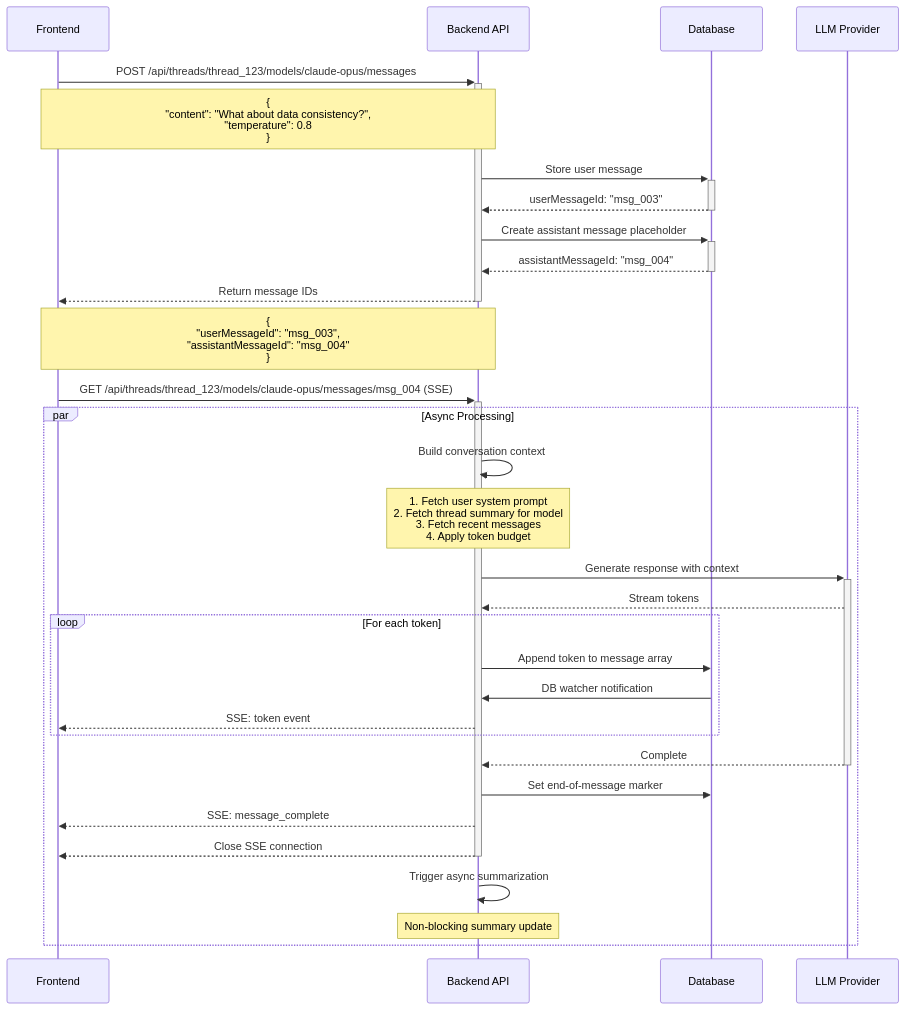
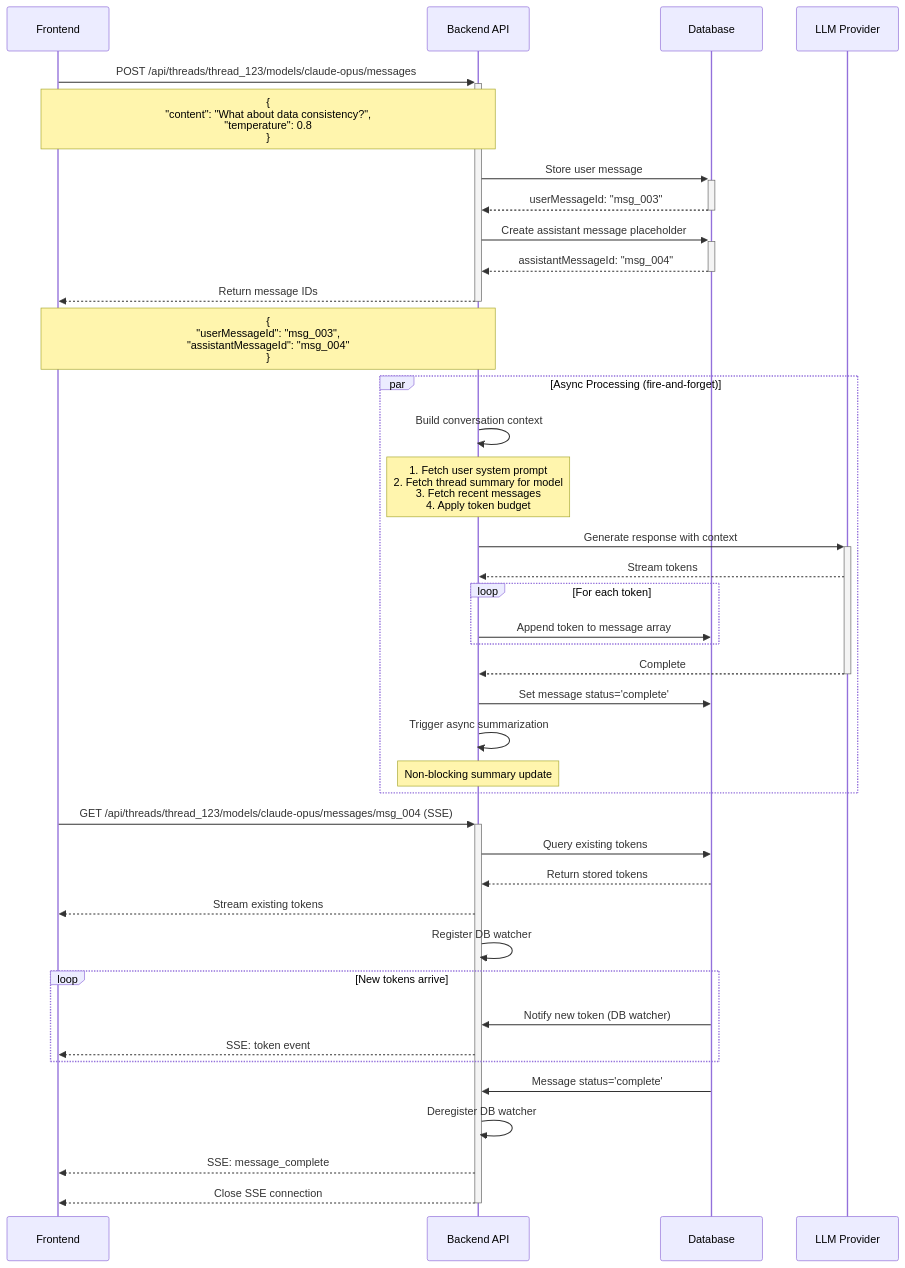
Before and after one commit to pandurangpatil/llm-chat: the third of 5 diagrams in frontend-backend-integration.md, drawn with Mermaid. The commit also changed other lines of this file and 3 other files, not shown here.

First line of the commit message:
Updated backend API call flow

````diff
--- a/frontend-backend-integration.md
+++ b/frontend-backend-integration.md
@@ -80,43 +93,54 @@
 ```mermaid
 sequenceDiagram
     participant UI as Frontend
     participant API as Backend API
     participant DB as Database
     participant LLM as LLM Provider
 
     UI->>+API: POST /api/threads/thread_123/models/claude-opus/messages
     Note over UI,API: {<br/>  "content": "What about data consistency?",<br/>  "temperature": 0.8<br/>}
 
     API->>+DB: Store user message
     DB-->>-API: userMessageId: "msg_003"
 
     API->>+DB: Create assistant message placeholder
     DB-->>-API: assistantMessageId: "msg_004"
 
     API-->>-UI: Return message IDs
     Note over UI,API: {<br/>  "userMessageId": "msg_003",<br/>  "assistantMessageId": "msg_004"<br/>}
 
-    UI->>+API: GET /api/threads/thread_123/models/claude-opus/messages/msg_004 (SSE)
-
-    par Async Processing
+    par Async Processing (fire-and-forget)
         API->>API: Build conversation context
         Note over API: 1. Fetch user system prompt<br/>2. Fetch thread summary for model<br/>3. Fetch recent messages<br/>4. Apply token budget
 
         API->>+LLM: Generate response with context
         LLM-->>API: Stream tokens
 
         loop For each token
             API->>DB: Append token to message array
-            DB->>API: DB watcher notification
-            API-->>UI: SSE: token event
         end
 
         LLM-->>-API: Complete
-        API->>DB: Set end-of-message marker
-        API-->>UI: SSE: message_complete
-        API-->>-UI: Close SSE connection
+        API->>DB: Set message status='complete'
 
         API->>API: Trigger async summarization
         Note over API: Non-blocking summary update
     end
+
+    UI->>+API: GET /api/threads/thread_123/models/claude-opus/messages/msg_004 (SSE)
+
+    API->>DB: Query existing tokens
+    DB-->>API: Return stored tokens
+    API-->>UI: Stream existing tokens
+    API->>API: Register DB watcher
+
+    loop New tokens arrive
+        DB->>API: Notify new token (DB watcher)
+        API-->>UI: SSE: token event
+    end
+
+    DB->>API: Message status='complete'
+    API->>API: Deregister DB watcher
+    API-->>UI: SSE: message_complete
+    API-->>-UI: Close SSE connection
 ```
````
